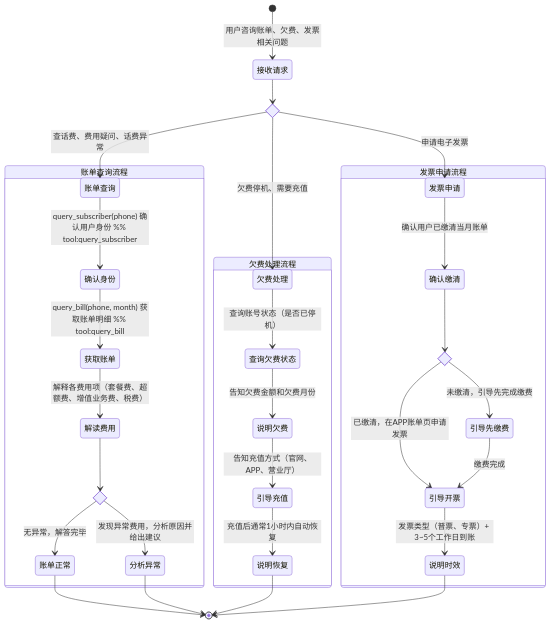
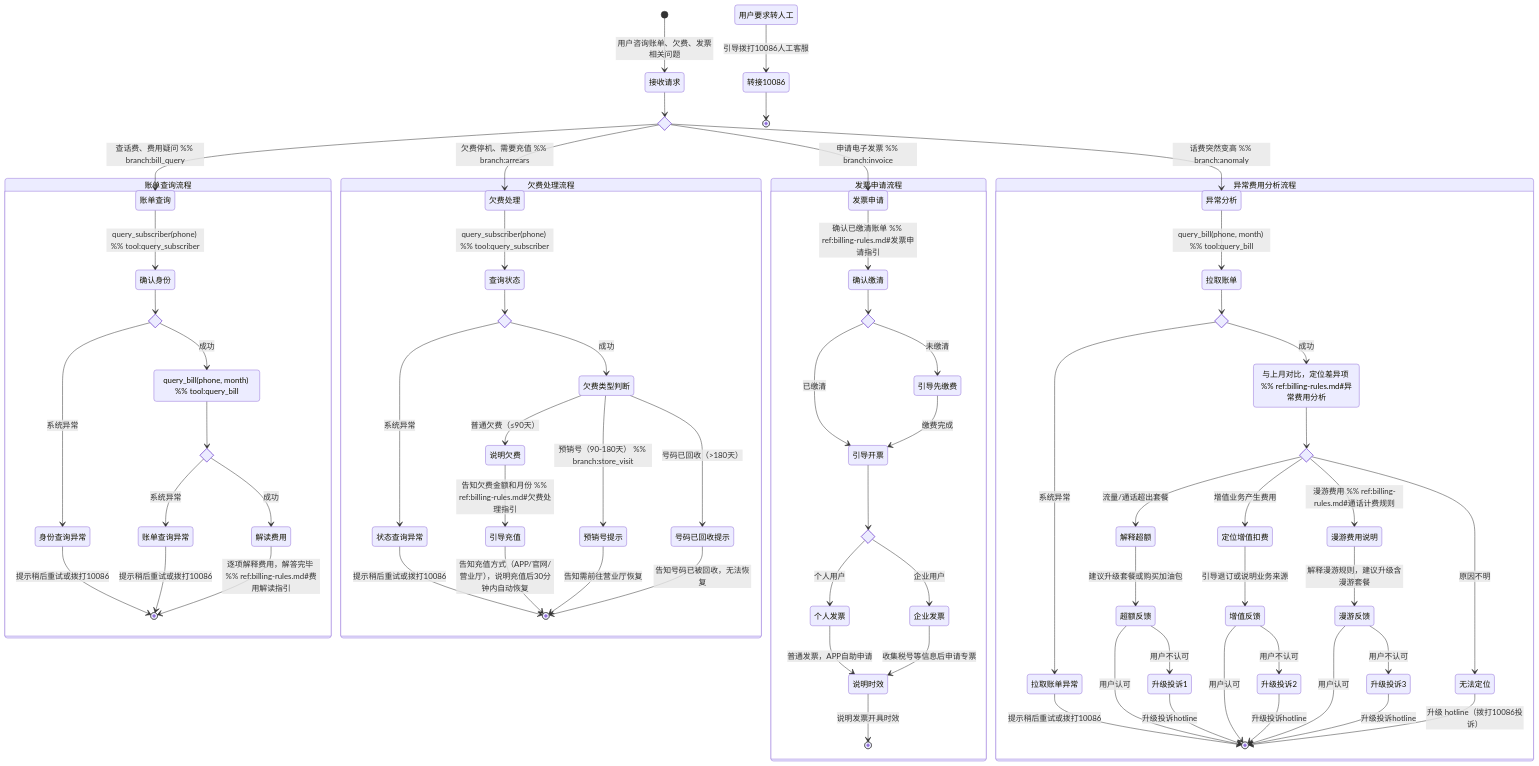
One commit to cacling/ai-bot changed the diagram in backend/skills/biz-skills/bill-inquiry/SKILL.md. Above: the diagram before and after it, drawn with Mermaid. The commit also changed other lines of this file and 37 other files, not shown here.

First line of the commit message:
Save current progress: skill enhancements, routes refactor, and diagram fixes

````diff
--- a/backend/skills/biz-skills/bill-inquiry/SKILL.md
+++ b/backend/skills/biz-skills/bill-inquiry/SKILL.md
@@ -45,39 +45,104 @@
 
     state 问题分类 <<choice>>
     接收请求 --> 问题分类
-    问题分类 --> 账单查询: 查话费、费用疑问、话费异常
-    问题分类 --> 欠费处理: 欠费停机、需要充值
-    问题分类 --> 发票申请: 申请电子发票
+    问题分类 --> 账单查询: 查话费、费用疑问 %% branch:bill_query
+    问题分类 --> 欠费处理: 欠费停机、需要充值 %% branch:arrears
+    问题分类 --> 发票申请: 申请电子发票 %% branch:invoice
+    问题分类 --> 异常分析: 话费突然变高 %% branch:anomaly
+
+    %% B6: 全局升级出口 — 任意节点均可触发
+    用户要求转人工 --> 转接10086: 引导拨打10086人工客服
+    转接10086 --> [*]
 
     state 账单查询流程 {
-        账单查询 --> 确认身份: query_subscriber(phone) 确认用户身份 %% tool:query_subscriber
-        确认身份 --> 获取账单: query_bill(phone, month) 获取账单明细 %% tool:query_bill
-        获取账单 --> 解读费用: 解释各费用项（套餐费、超额费、增值业务费、税费）
-        state 是否异常 <<choice>>
-        解读费用 --> 是否异常
-        是否异常 --> 账单正常: 无异常，解答完毕
-        是否异常 --> 分析异常: 发现异常费用，分析原因并给出建议
+        账单查询 --> 确认身份: query_subscriber(phone) %% tool:query_subscriber
+        state 确认身份结果 <<choice>>
+        确认身份 --> 确认身份结果
+        确认身份结果 --> 获取账单: 成功
+        确认身份结果 --> 身份查询异常: 系统异常
+        身份查询异常 --> [*]: 提示稍后重试或拨打10086
+
+        获取账单: query_bill(phone, month) %% tool:query_bill
+        state 获取账单结果 <<choice>>
+        获取账单 --> 获取账单结果
+        获取账单结果 --> 解读费用: 成功
+        获取账单结果 --> 账单查询异常: 系统异常
+        账单查询异常 --> [*]: 提示稍后重试或拨打10086
+
+        解读费用 --> [*]: 逐项解释费用，解答完毕 %% ref:billing-rules.md#费用解读指引
     }
 
     state 欠费处理流程 {
-        欠费处理 --> 查询欠费状态: 查询账号状态（是否已停机）
-        查询欠费状态 --> 说明欠费: 告知欠费金额和欠费月份
-        说明欠费 --> 引导充值: 告知充值方式（官网、APP、营业厅）
-        引导充值 --> 说明恢复: 充值后通常1小时内自动恢复
+        欠费处理 --> 查询状态: query_subscriber(phone) %% tool:query_subscriber
+        state 查询状态结果 <<choice>>
+        查询状态 --> 查询状态结果
+        查询状态结果 --> 欠费类型判断: 成功
+        查询状态结果 --> 状态查询异常: 系统异常
+        状态查询异常 --> [*]: 提示稍后重试或拨打10086
+
+        state 欠费类型判断 <<choice>>
+        欠费类型判断 --> 说明欠费: 普通欠费（≤90天）
+        欠费类型判断 --> 预销号提示: 预销号（90-180天） %% branch:store_visit
+        欠费类型判断 --> 号码已回收提示: 号码已回收（>180天）
+
+        说明欠费 --> 引导充值: 告知欠费金额和月份 %% ref:billing-rules.md#欠费处理指引
+        引导充值 --> [*]: 告知充值方式（APP/官网/营业厅），说明充值后30分钟内自动恢复
+
+        预销号提示 --> [*]: 告知需前往营业厅恢复
+        号码已回收提示 --> [*]: 告知号码已被回收，无法恢复
     }
 
     state 发票申请流程 {
-        发票申请 --> 确认缴清: 确认用户已缴清当月账单
+        发票申请 --> 确认缴清: 确认已缴清账单 %% ref:billing-rules.md#发票申请指引
         state 是否缴清 <<choice>>
         确认缴清 --> 是否缴清
-        是否缴清 --> 引导开票: 已缴清，在APP账单页申请发票
-        是否缴清 --> 引导先缴费: 未缴清，引导先完成缴费
+        是否缴清 --> 引导开票: 已缴清
+        是否缴清 --> 引导先缴费: 未缴清
         引导先缴费 --> 引导开票: 缴费完成
-        引导开票 --> 说明时效: 发票类型（普票、专票）+ 3~5个工作日到账
+
+        state 发票类型 <<choice>>
+        引导开票 --> 发票类型
+        发票类型 --> 个人发票: 个人用户
+        发票类型 --> 企业发票: 企业用户
+        个人发票 --> 说明时效: 普通发票，APP自助申请
+        企业发票 --> 说明时效: 收集税号等信息后申请专票
+        说明时效 --> [*]: 说明发票开具时效
     }
 
-    账单正常 --> [*]
-    分析异常 --> [*]
-    说明恢复 --> [*]
-    说明时效 --> [*]
+    state 异常费用分析流程 {
+        异常分析 --> 拉取账单: query_bill(phone, month) %% tool:query_bill
+        state 拉取账单结果 <<choice>>
+        拉取账单 --> 拉取账单结果
+        拉取账单结果 --> 对比分析: 成功
+        拉取账单结果 --> 拉取账单异常: 系统异常
+        拉取账单异常 --> [*]: 提示稍后重试或拨打10086
+
+        对比分析: 与上月对比，定位差异项 %% ref:billing-rules.md#异常费用分析
+        state 异常原因 <<choice>>
+        对比分析 --> 异常原因
+        异常原因 --> 解释超额: 流量/通话超出套餐
+        异常原因 --> 定位增值扣费: 增值业务产生费用
+        异常原因 --> 漫游费用说明: 漫游费用 %% ref:billing-rules.md#通话计费规则
+        异常原因 --> 无法定位: 原因不明
+
+        解释超额 --> 超额反馈: 建议升级套餐或购买加油包
+        state 超额反馈 <<choice>>
+        超额反馈 --> [*]: 用户认可
+        超额反馈 --> 升级投诉1: 用户不认可
+        升级投诉1 --> [*]: 升级投诉hotline
+
+        定位增值扣费 --> 增值反馈: 引导退订或说明业务来源
+        state 增值反馈 <<choice>>
+        增值反馈 --> [*]: 用户认可
+        增值反馈 --> 升级投诉2: 用户不认可
+        升级投诉2 --> [*]: 升级投诉hotline
+
+        漫游费用说明 --> 漫游反馈: 解释漫游规则，建议升级含漫游套餐
+        state 漫游反馈 <<choice>>
+        漫游反馈 --> [*]: 用户认可
+        漫游反馈 --> 升级投诉3: 用户不认可
+        升级投诉3 --> [*]: 升级投诉hotline
+
+        无法定位 --> [*]: 升级 hotline（拨打10086投诉）
+    }
 ```
````
